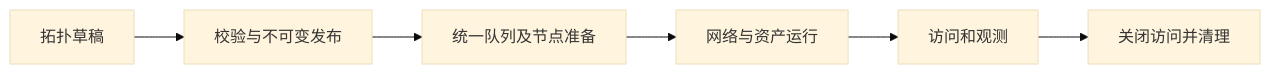
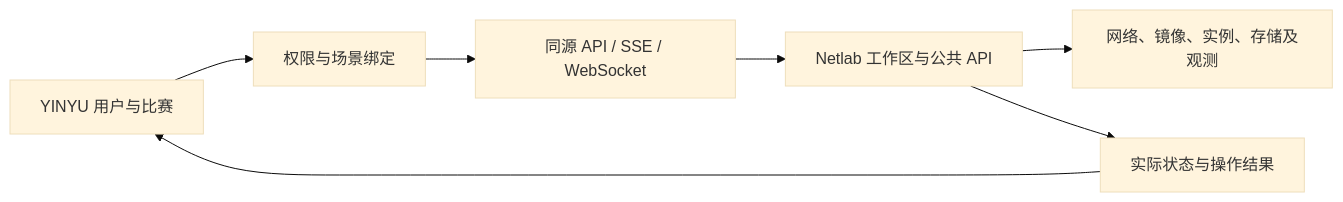
One commit to Y3X1L2/newGZCTF changed the diagram in docs/modules/teamlab/README.md. Above: the diagram before and after it, drawn with Mermaid (base theme). The commit also changed other lines of this file and 95 other files, not shown here.

````diff
--- a/docs/modules/teamlab/README.md
+++ b/docs/modules/teamlab/README.md
@@ -7,8 +5,9 @@
 ```mermaid
 flowchart LR
-  A[拓扑草稿] --> B[校验与不可变发布]
-  B --> C[统一队列及节点准备]
-  C --> D[网络与资产运行]
-  D --> E[访问和观测]
-  E --> F[关闭访问并清理]
+  A[YINYU 用户与比赛] --> B[权限与场景绑定]
+  B --> C[同源 API / SSE / WebSocket]
+  C --> D[Netlab 工作区与公共 API]
+  D --> E[网络、镜像、实例、存储及观测]
+  D --> F[实际状态与操作结果]
+  F --> A
 ```
````
